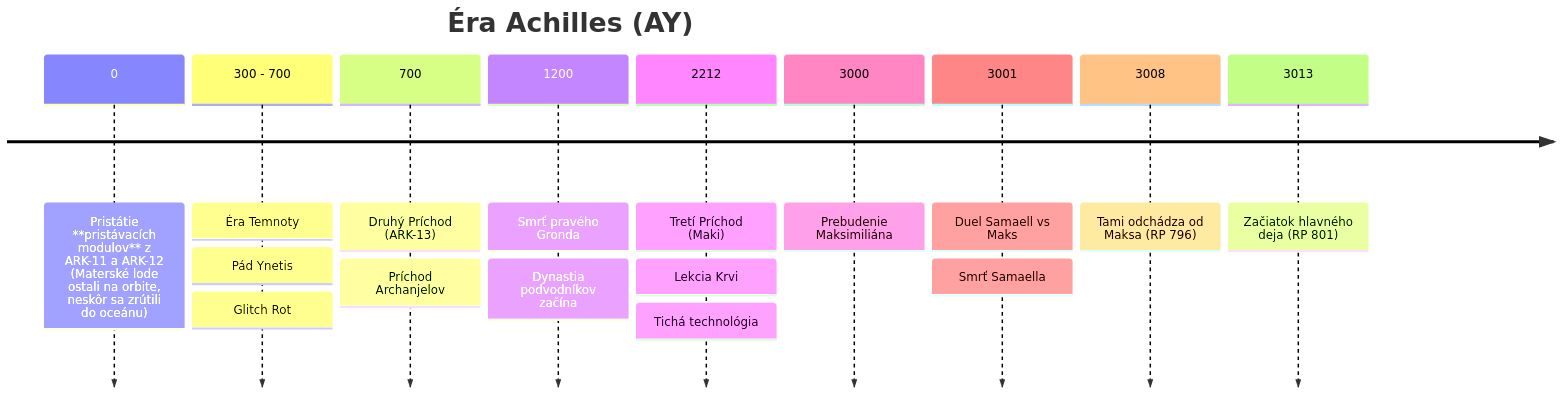
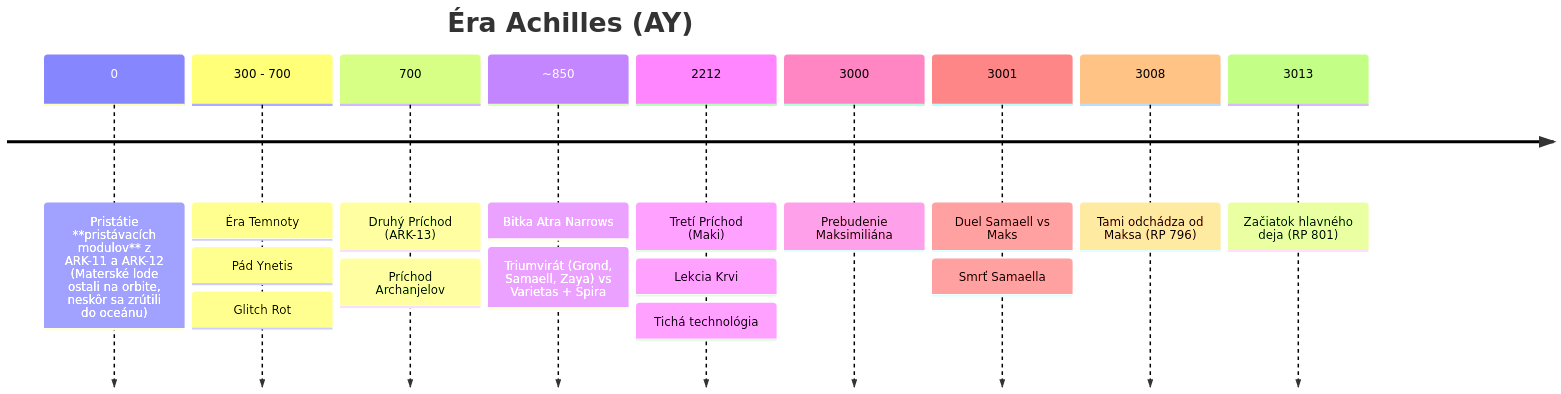
The second of 2 diagrams in World-Bible/01-timeline.md (BranLang/null-void), drawn with Mermaid before and after one commit. The commit also changed 22 other files, not shown here.

````diff
--- a/World-Bible/01-timeline.md
+++ b/World-Bible/01-timeline.md
@@ -23,13 +23,13 @@
 ```mermaid
 timeline
     title Éra Achilles (AY)
     0 : Pristátie **pristávacích modulov** z ARK-11 a ARK-12 (Materské lode ostali na orbite, neskôr sa zrútili do oceánu)
     300 - 700 : Éra Temnoty : Pád Ynetis : Glitch Rot
     700 : Druhý Príchod (ARK-13) : Príchod Archanjelov
-    1200 : Smrť pravého Gronda : Dynastia podvodníkov začína
+    ~850 : Bitka Atra Narrows : Triumvirát (Grond, Samaell, Zaya) vs Varietas + Spira
     2212 : Tretí Príchod (Maki) : Lekcia Krvi : Tichá technológia
     3000 : Prebudenie Maksimiliána
     3001 : Duel Samaell vs Maks : Smrť Samaella
     3008 : Tami odchádza od Maksa (RP 796)
     3013 : Začiatok hlavného deja (RP 801)
 ```
````
